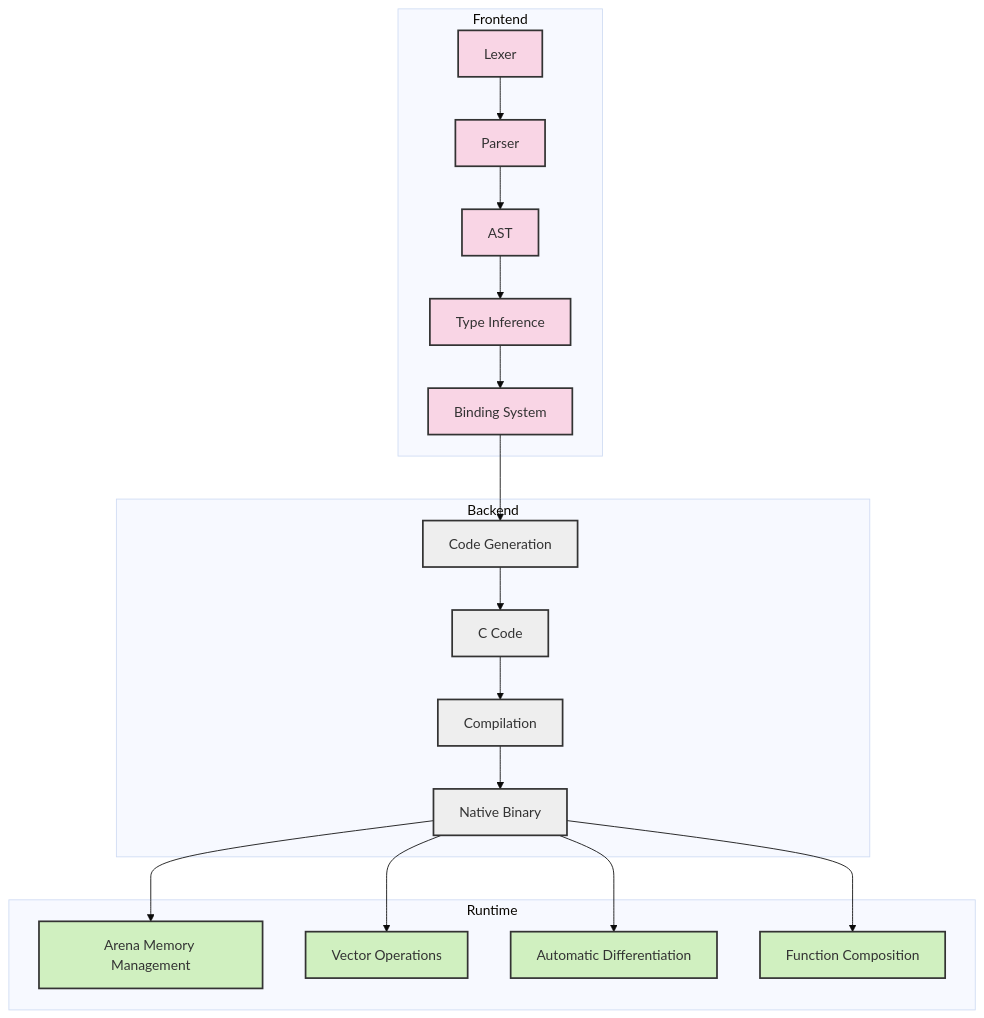
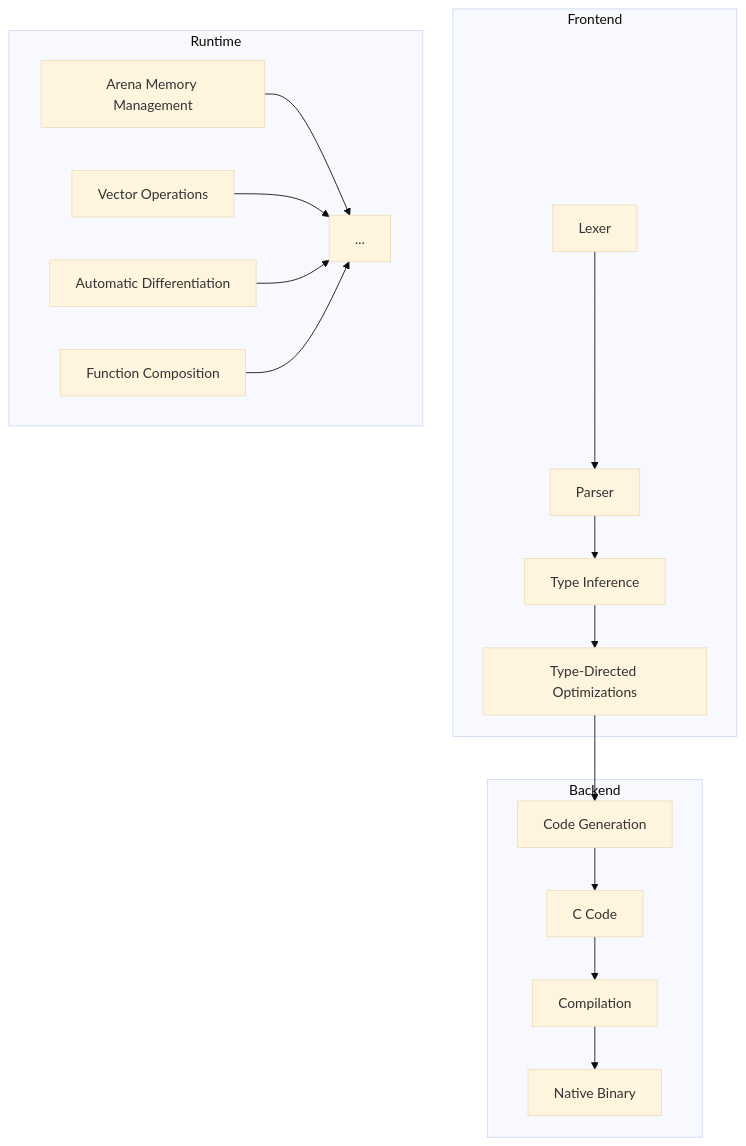
The diagram in docs/aidocs/OVERVIEW.md (tsotchke/eshkol), drawn with Mermaid (base theme) before and after one commit. The commit also changed other lines of this file and 5 other files, not shown here.

````diff
--- a/docs/aidocs/OVERVIEW.md
+++ b/docs/aidocs/OVERVIEW.md
@@ -16,37 +23,22 @@
 ```mermaid
 graph TD
     subgraph "Frontend"
         A[Lexer] --> B[Parser]
-        B --> C[AST]
-        C --> D[Type Inference]
-        D --> E[Binding System]
+        B --> C[Type Inference]
+        C --> D[Type-Directed Optimizations]
     end
     
     subgraph "Backend"
-        E --> F[Code Generation]
-        F --> G[C Code]
-        G --> H[Compilation]
-        H --> I[Native Binary]
+        D --> E[Code Generation]
+        E --> F[C Code]
+        F --> G[Compilation]
+        G --> H[Native Binary]
     end
     
     subgraph "Runtime"
-        I --> J[Arena Memory Management]
-        I --> K[Vector Operations]
-        I --> L[Automatic Differentiation]
-        I --> M[Function Composition]
+        I[Arena Memory Management] --> J[...]
+        K[Vector Operations] --> J[...]
+        L[Automatic Differentiation] --> J[...]
+        M[Function Composition] --> J[...]
     end
-    
-    style A fill:#f9d5e5,stroke:#333,stroke-width:2px
-    style B fill:#f9d5e5,stroke:#333,stroke-width:2px
-    style C fill:#f9d5e5,stroke:#333,stroke-width:2px
-    style D fill:#f9d5e5,stroke:#333,stroke-width:2px
-    style E fill:#f9d5e5,stroke:#333,stroke-width:2px
-    style F fill:#eeeeee,stroke:#333,stroke-width:2px
-    style G fill:#eeeeee,stroke:#333,stroke-width:2px
-    style H fill:#eeeeee,stroke:#333,stroke-width:2px
-    style I fill:#eeeeee,stroke:#333,stroke-width:2px
-    style J fill:#d0f0c0,stroke:#333,stroke-width:2px
-    style K fill:#d0f0c0,stroke:#333,stroke-width:2px
-    style L fill:#d0f0c0,stroke:#333,stroke-width:2px
-    style M fill:#d0f0c0,stroke:#333,stroke-width:2px
 ```
````
